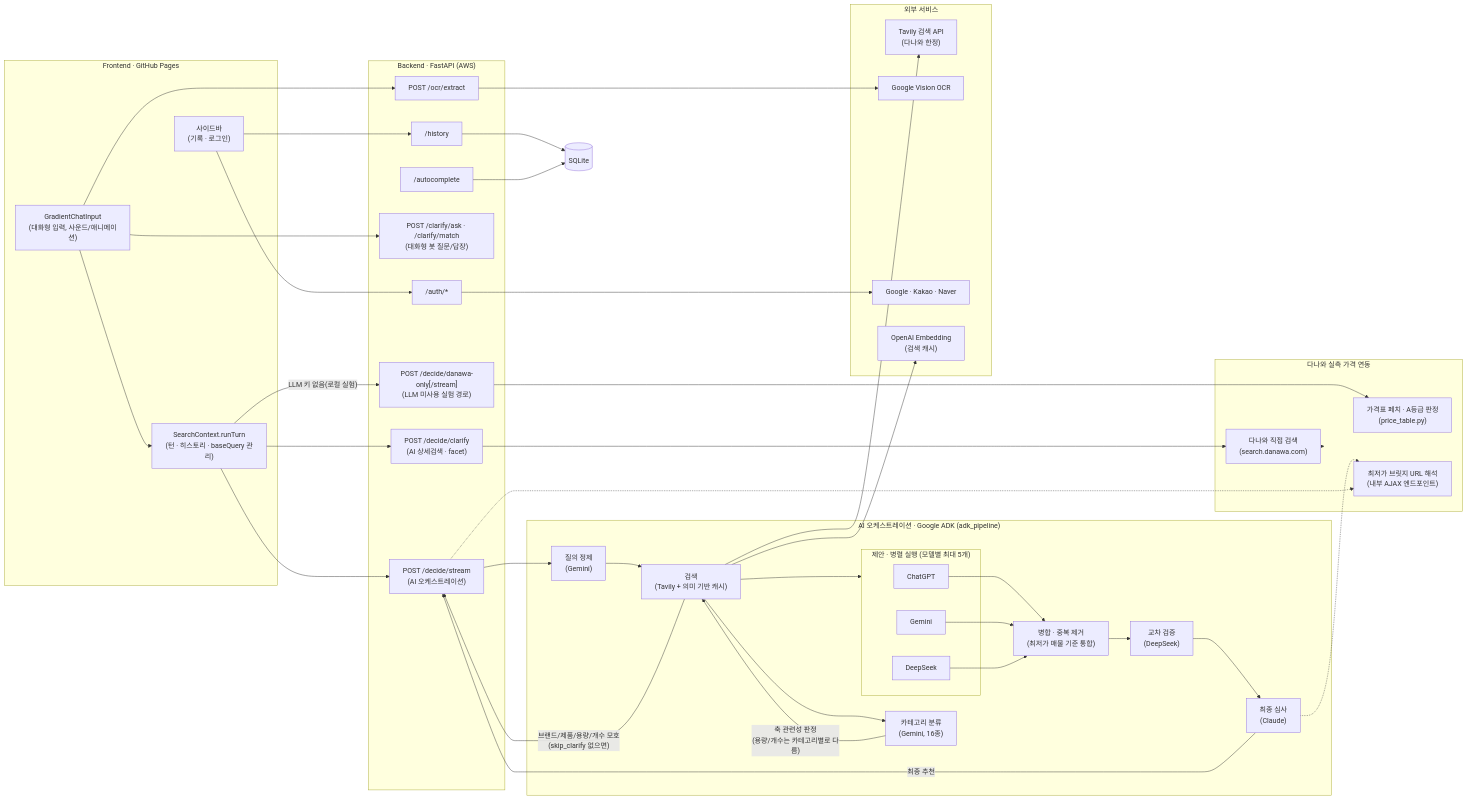
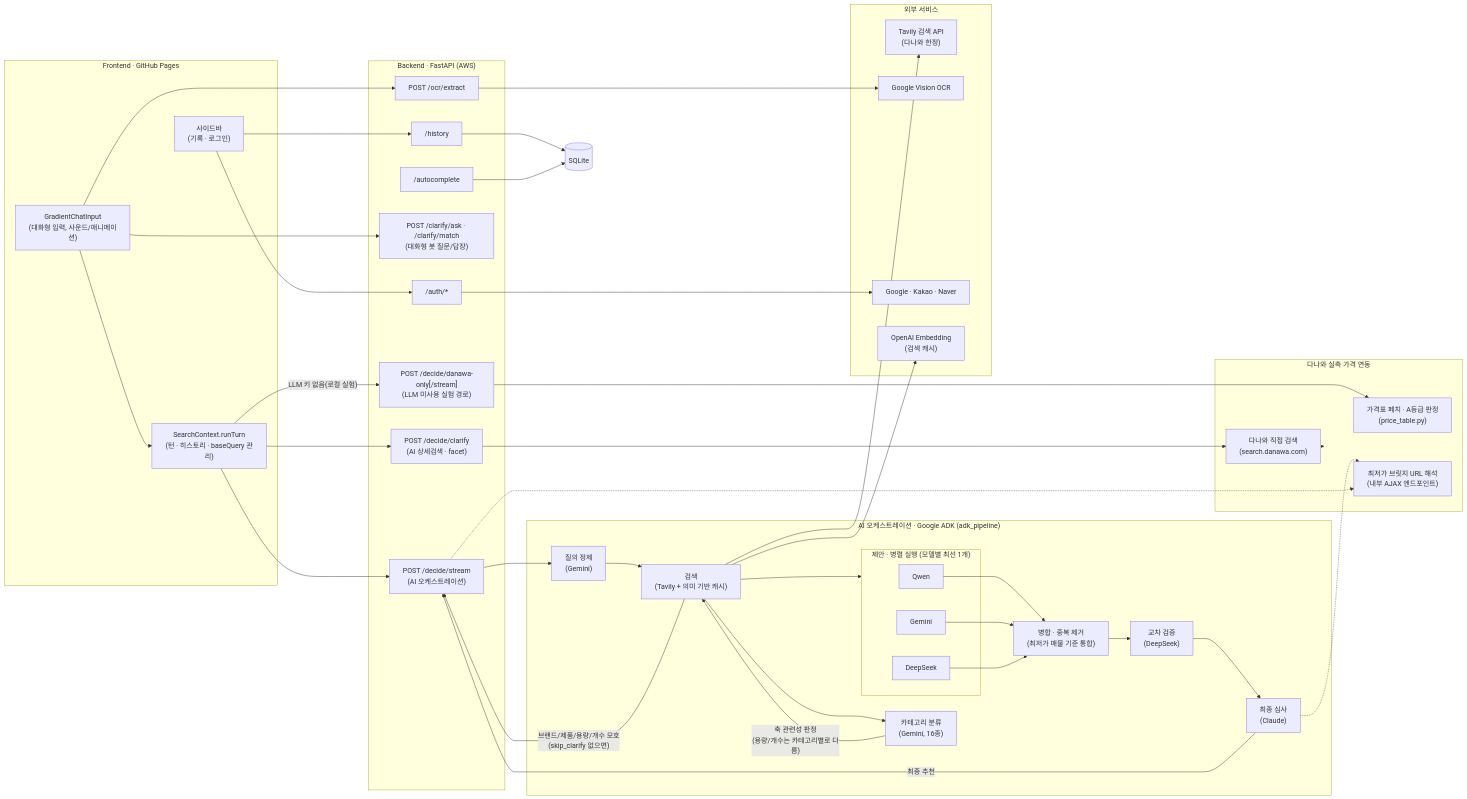
Before and after one commit to Alpha-pick00/Alpha-pick00.github.io: the first of 2 diagrams in README.md, drawn with Mermaid. The commit also changed other lines of this file and 10 other files, not shown here.

````diff
--- a/README.md
+++ b/README.md
@@ -21,76 +21,76 @@
 ```mermaid
 flowchart LR
     subgraph FE["Frontend · GitHub Pages"]
         GCI["GradientChatInput<br/>(대화형 입력, 사운드/애니메이션)"]
         CTX["SearchContext.runTurn<br/>(턴 · 히스토리 · baseQuery 관리)"]
         SB["사이드바<br/>(기록 · 로그인)"]
     end
 
     subgraph BE["Backend · FastAPI (AWS)"]
         DECIDE["POST /decide/stream<br/>(AI 오케스트레이션)"]
         CLARIFYF["POST /decide/clarify<br/>(AI 상세검색 · facet)"]
         DANAWAONLY["POST /decide/danawa-only[/stream]<br/>(LLM 미사용 실험 경로)"]
         CHAT["POST /clarify/ask · /clarify/match<br/>(대화형 봇 질문/답장)"]
         OCR["POST /ocr/extract"]
         AUTH["/auth/*"]
         HIST["/history"]
         AC["/autocomplete"]
     end
 
     subgraph PIPE["AI 오케스트레이션 · Google ADK (adk_pipeline)"]
         REFINE["질의 정제<br/>(Gemini)"]
         SEARCH["검색<br/>(Tavily + 의미 기반 캐시)"]
         CAT["카테고리 분류<br/>(Gemini, 16종)"]
-        subgraph PROPOSE["제안 · 병렬 실행 (모델별 최대 5개)"]
-            GPT["ChatGPT"]
+        subgraph PROPOSE["제안 · 병렬 실행 (모델별 최선 1개)"]
+            GPT["Qwen"]
             GEMINI["Gemini"]
             DEEPSEEK["DeepSeek"]
         end
         MERGE["병합 · 중복 제거<br/>(최저가 매물 기준 통합)"]
         CHALLENGE["교차 검증<br/>(DeepSeek)"]
         JUDGE["최종 심사<br/>(Claude)"]
     end
 
     subgraph DANAWA["다나와 실측 가격 연동"]
         DSEARCH["다나와 직접 검색<br/>(search.danawa.com)"]
         PTABLE["가격표 페치 · A등급 판정<br/>(price_table.py)"]
         BRIDGE["최저가 브릿지 URL 해석<br/>(내부 AJAX 엔드포인트)"]
     end
 
     subgraph EXT["외부 서비스"]
         TAVILY["Tavily 검색 API<br/>(다나와 한정)"]
         VISION["Google Vision OCR"]
         OAUTH["Google · Kakao · Naver"]
         EMBED["OpenAI Embedding<br/>(검색 캐시)"]
     end
 
     DB[(SQLite)]
 
     GCI --> CTX
     CTX --> DECIDE
     CTX --> CLARIFYF
     CTX -- "LLM 키 없음(로컬 실험)" --> DANAWAONLY
     GCI --> CHAT
     GCI --> OCR
     SB --> AUTH
     SB --> HIST
 
     DECIDE --> REFINE --> SEARCH --> CAT
     SEARCH --> TAVILY
     SEARCH --> EMBED
     CAT -- "축 관련성 판정<br/>(용량/개수는 카테고리별로 다름)" --> SEARCH
     SEARCH -- "브랜드/제품/용량/개수 모호<br/>(skip_clarify 없으면)" --> DECIDE
     SEARCH --> PROPOSE
     GPT & GEMINI & DEEPSEEK --> MERGE --> CHALLENGE --> JUDGE
     JUDGE -- 최종 추천 --> DECIDE
 
     CLARIFYF --> DSEARCH --> DANAWA
     DANAWAONLY --> PTABLE
     JUDGE -.-> BRIDGE
     DECIDE -.-> BRIDGE
 
     OCR --> VISION
     AUTH --> OAUTH
     HIST --> DB
     AC --> DB
 ```
````
